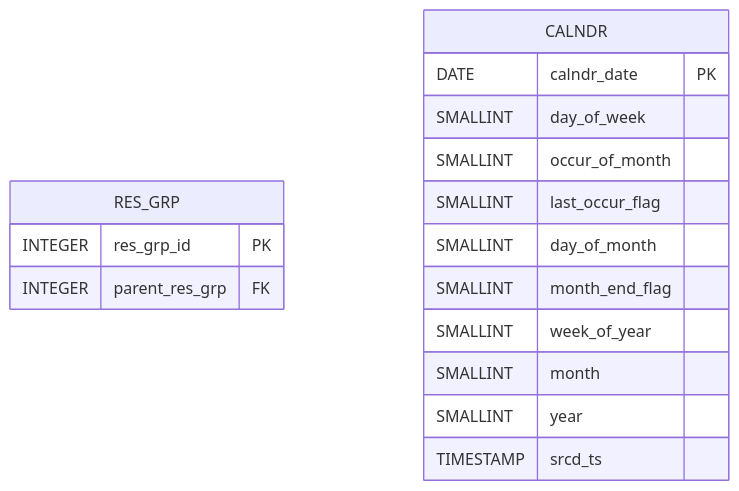
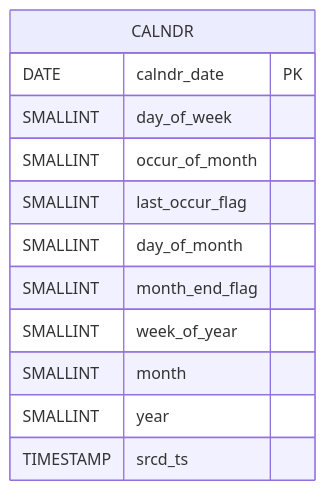
Before and after one commit to brianmcmillan/minimum-viable-warehouse: the fourth of 8 diagrams in er-diagrams/mermaid/metrics-mart.md, drawn with Mermaid. The commit also changed other lines of this file and 15 other files, not shown here.

First line of the commit message:
Regenerate the ER diagrams and declare their missing joins (C5 items 5, 7)

````diff
--- a/er-diagrams/mermaid/metrics-mart.md
+++ b/er-diagrams/mermaid/metrics-mart.md
@@ -273,19 +300,15 @@
 ```mermaid
 erDiagram
-    RES_GRP {
-        INTEGER res_grp_id PK
-        INTEGER parent_res_grp FK
-    }
     CALNDR {
         DATE calndr_date PK
         SMALLINT day_of_week
         SMALLINT occur_of_month
         SMALLINT last_occur_flag
         SMALLINT day_of_month
         SMALLINT month_end_flag
         SMALLINT week_of_year
         SMALLINT month
         SMALLINT year
         TIMESTAMP srcd_ts
     }
 ```
````
